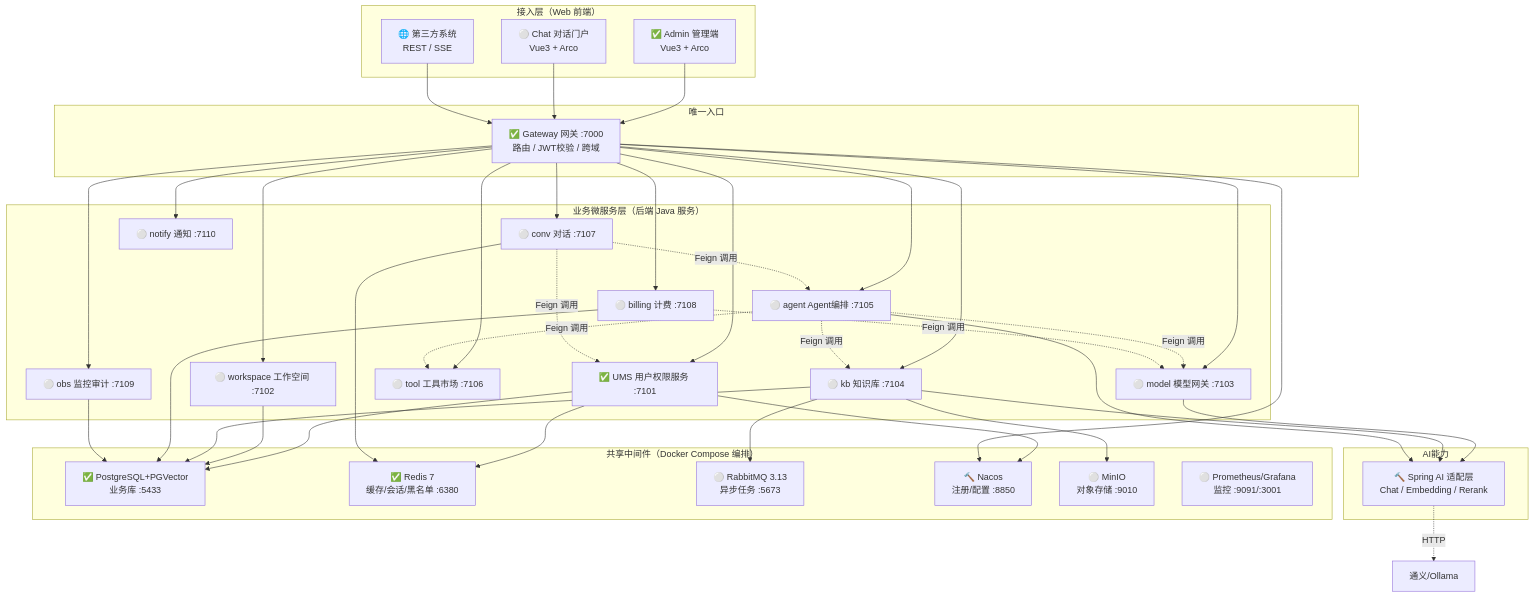
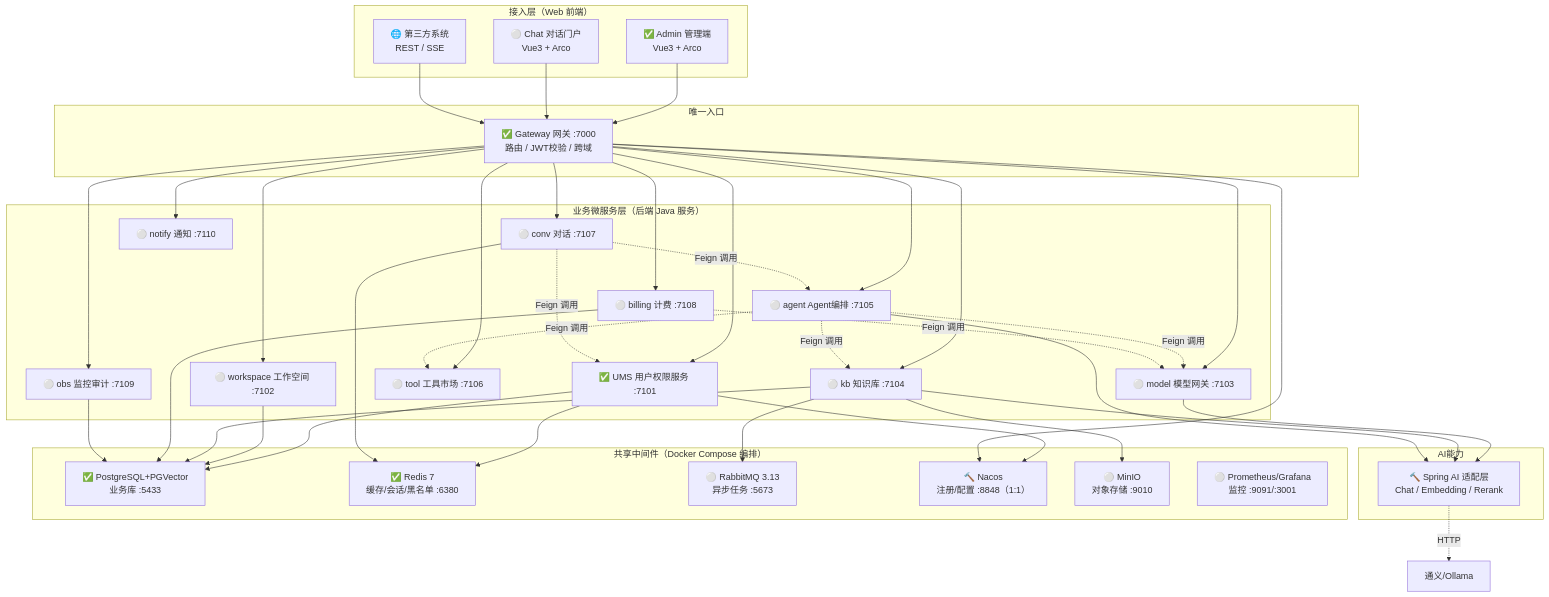
Before and after one commit to Goutouxiaoen/insight-engine-backend: the second of 9 diagrams in insight-engine/docs/ARCHITECTURE.md, drawn with Mermaid. The commit also changed other lines of this file and 13 other files, not shown here.

````diff
--- a/insight-engine/docs/ARCHITECTURE.md
+++ b/insight-engine/docs/ARCHITECTURE.md
@@ -70,77 +70,77 @@
 ```mermaid
 flowchart TB
     subgraph 接入层["接入层（Web 前端）"]
         AdminWeb["✅ Admin 管理端<br/>Vue3 + Arco"]
         ChatWeb["⚪ Chat 对话门户<br/>Vue3 + Arco"]
         OpenAPI["🌐 第三方系统<br/>REST / SSE"]
     end
 
     subgraph 网关层["唯一入口"]
         GW["✅ Gateway 网关 :7000<br/>路由 / JWT校验 / 跨域"]
     end
 
     subgraph 业务微服务["业务微服务层（后端 Java 服务）"]
         UMS["✅ UMS 用户权限服务 :7101"]
         WS["⚪ workspace 工作空间 :7102"]
         MODEL["⚪ model 模型网关 :7103"]
         KB["⚪ kb 知识库 :7104"]
         AGENT["⚪ agent Agent编排 :7105"]
         TOOL["⚪ tool 工具市场 :7106"]
         CONV["⚪ conv 对话 :7107"]
         BILL["⚪ billing 计费 :7108"]
         OBS["⚪ obs 监控审计 :7109"]
         NOTIFY["⚪ notify 通知 :7110"]
     end
 
     subgraph AI能力
         SAI["🔨 Spring AI 适配层<br/>Chat / Embedding / Rerank"]
     end
 
     subgraph 中间件["共享中间件（Docker Compose 编排）"]
         PG["✅ PostgreSQL+PGVector<br/>业务库 :5433"]
         RD["✅ Redis 7<br/>缓存/会话/黑名单 :6380"]
         MQ["⚪ RabbitMQ 3.13<br/>异步任务 :5673"]
-        NACOS["🔨 Nacos<br/>注册/配置 :8850"]
+        NACOS["🔨 Nacos<br/>注册/配置 :8848（1:1）"]
         MINIO["⚪ MinIO<br/>对象存储 :9010"]
         OBS_M["⚪ Prometheus/Grafana<br/>监控 :9091/:3001"]
     end
 
     AdminWeb --> GW
     ChatWeb --> GW
     OpenAPI --> GW
 
     GW --> UMS
     GW --> WS
     GW --> MODEL
     GW --> KB
     GW --> AGENT
     GW --> TOOL
     GW --> CONV
     GW --> BILL
     GW --> OBS
     GW --> NOTIFY
 
     MODEL --> SAI
     KB --> SAI
     AGENT --> SAI
     AGENT -.Feign 调用.-> MODEL
     AGENT -.Feign 调用.-> TOOL
     AGENT -.Feign 调用.-> KB
     CONV -.Feign 调用.-> AGENT
     CONV -.Feign 调用.-> UMS
     BILL -.Feign 调用.-> MODEL
 
     UMS --> PG
     UMS --> RD
     WS --> PG
     KB --> PG
     BILL --> PG
     OBS --> PG
     KB --> MQ
     KB --> MINIO
     UMS --> NACOS
     GW --> NACOS
     CONV --> RD
 
     SAI -.->|HTTP| LLM_EXT["通义/Ollama"]
 ```
````
